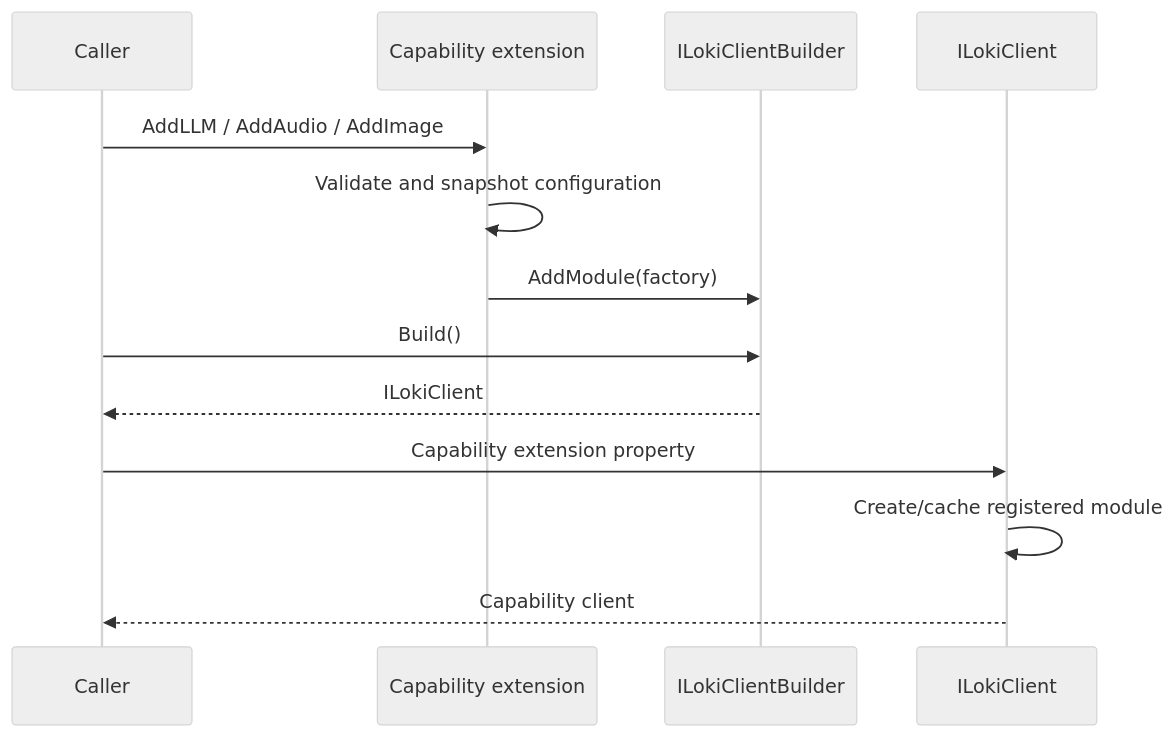
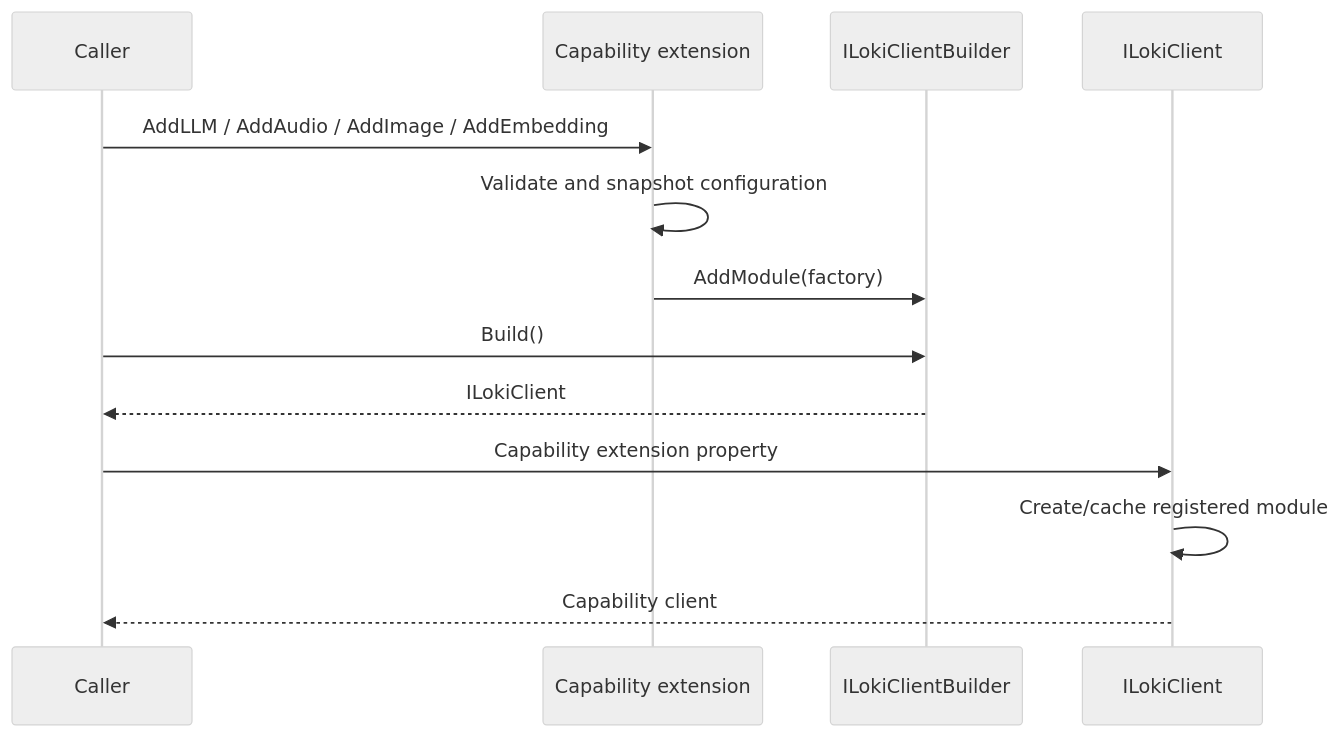
The second of 14 diagrams in docs/architecture.md (BenLampson/Asgard.Loki), drawn with Mermaid (neutral theme) before and after one commit. The commit also changed other lines of this file and 26 other files, not shown here.

````diff
--- a/docs/architecture.md
+++ b/docs/architecture.md
@@ -48,15 +50,15 @@
 ```mermaid
 sequenceDiagram
 participant Caller
 participant Extension as Capability extension
 participant Builder as ILokiClientBuilder
 participant Client as ILokiClient
-Caller->>Extension: AddLLM / AddAudio / AddImage
+Caller->>Extension: AddLLM / AddAudio / AddImage / AddEmbedding
 Extension->>Extension: Validate and snapshot configuration
 Extension->>Builder: AddModule(factory)
 Caller->>Builder: Build()
 Builder-->>Caller: ILokiClient
 Caller->>Client: Capability extension property
 Client->>Client: Create/cache registered module
 Client-->>Caller: Capability client
 ```
````
